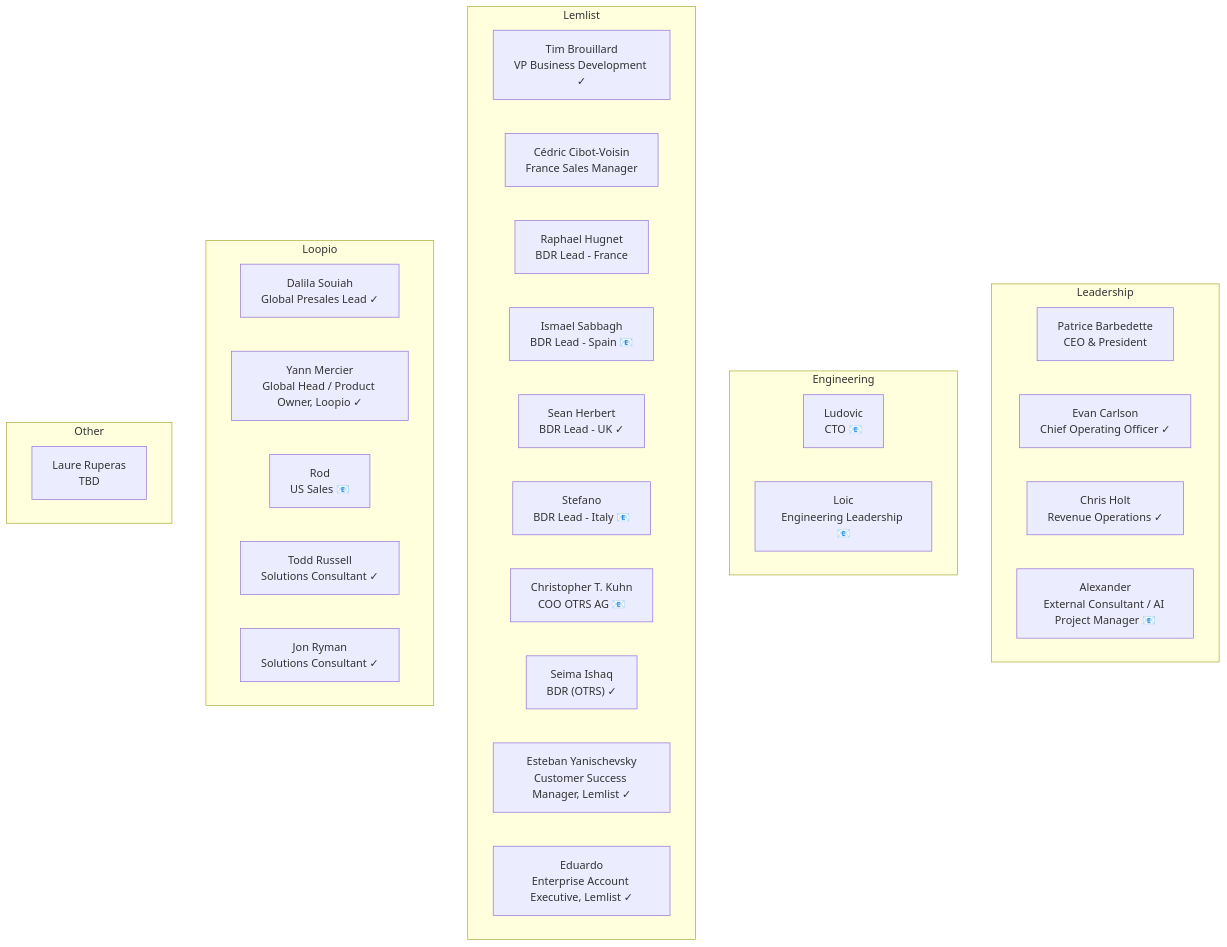
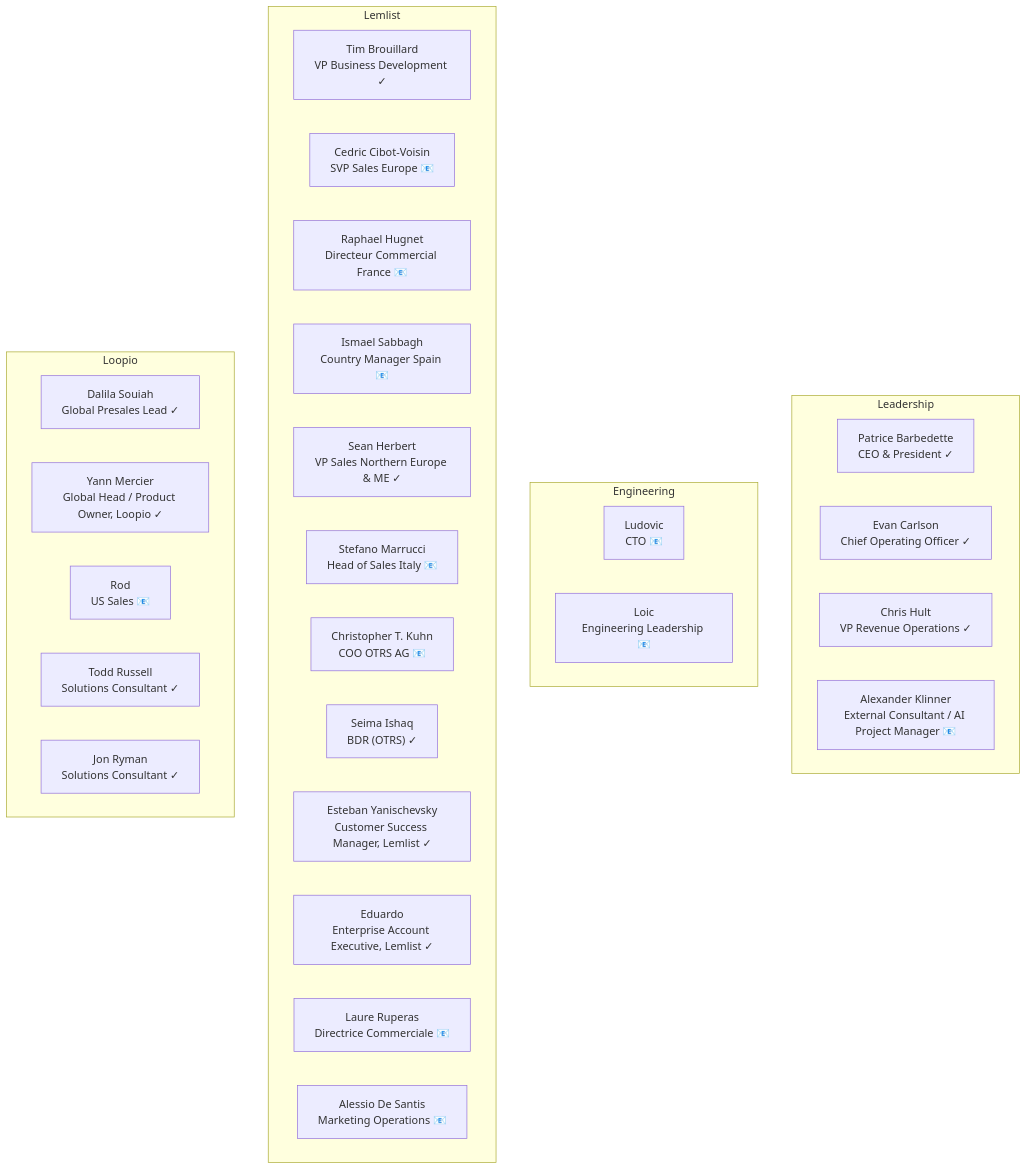
One commit to pqsoccerboy17/EasyVista changed the diagram in clients/easyvista/easyvista-stakeholders.mermaid. Above: the diagram before and after it, drawn with Mermaid. The commit also changed 18 other files, not shown here.

````diff
--- a/clients/easyvista/easyvista-stakeholders.mermaid
+++ b/clients/easyvista/easyvista-stakeholders.mermaid
@@ -1,35 +1,34 @@
 ```mermaid
 flowchart TB
     subgraph Leadership
-        Patrice_Barbedette["Patrice Barbedette<br/>CEO & President "]
+        Patrice_Barbedette["Patrice Barbedette<br/>CEO & President ✓"]
         Evan_Carlson["Evan Carlson<br/>Chief Operating Officer ✓"]
-        Chris_Holt["Chris Holt<br/>Revenue Operations ✓"]
-        Alexander["Alexander<br/>External Consultant / AI Project Manager 📧"]
+        Chris_Hult["Chris Hult<br/>VP Revenue Operations ✓"]
+        Alexander_Klinner["Alexander Klinner<br/>External Consultant / AI Project Manager 📧"]
     end
     subgraph Engineering
         Ludovic["Ludovic<br/>CTO 📧"]
         Loic["Loic<br/>Engineering Leadership 📧"]
     end
     subgraph Lemlist
         Tim_Brouillard["Tim Brouillard<br/>VP Business Development ✓"]
-        Cédric_Cibot-Voisin["Cédric Cibot-Voisin<br/>France Sales Manager "]
-        Raphael_Hugnet["Raphael Hugnet<br/>BDR Lead - France "]
-        Ismael_Sabbagh["Ismael Sabbagh<br/>BDR Lead - Spain 📧"]
-        Sean_Herbert["Sean Herbert<br/>BDR Lead - UK ✓"]
-        Stefano["Stefano<br/>BDR Lead - Italy 📧"]
+        Cedric_Cibot-Voisin["Cedric Cibot-Voisin<br/>SVP Sales Europe 📧"]
+        Raphael_Hugnet["Raphael Hugnet<br/>Directeur Commercial France 📧"]
+        Ismael_Sabbagh["Ismael Sabbagh<br/>Country Manager Spain 📧"]
+        Sean_Herbert["Sean Herbert<br/>VP Sales Northern Europe & ME ✓"]
+        Stefano_Marrucci["Stefano Marrucci<br/>Head of Sales Italy 📧"]
         Christopher_T._Kuhn["Christopher T. Kuhn<br/>COO OTRS AG 📧"]
         Seima_Ishaq["Seima Ishaq<br/>BDR (OTRS) ✓"]
         Esteban_Yanischevsky["Esteban Yanischevsky<br/>Customer Success Manager, Lemlist ✓"]
         Eduardo["Eduardo<br/>Enterprise Account Executive, Lemlist ✓"]
+        Laure_Ruperas["Laure Ruperas<br/>Directrice Commerciale 📧"]
+        Alessio_De_Santis["Alessio De Santis<br/>Marketing Operations 📧"]
     end
     subgraph Loopio
         Dalila_Souiah["Dalila Souiah<br/>Global Presales Lead ✓"]
         Yann_Mercier["Yann Mercier<br/>Global Head / Product Owner, Loopio ✓"]
         Rod["Rod<br/>US Sales 📧"]
         Todd_Russell["Todd Russell<br/>Solutions Consultant ✓"]
         Jon_Ryman["Jon Ryman<br/>Solutions Consultant ✓"]
     end
-    subgraph Other
-        Laure_Ruperas["Laure Ruperas<br/>TBD "]
-    end
 ```
````
